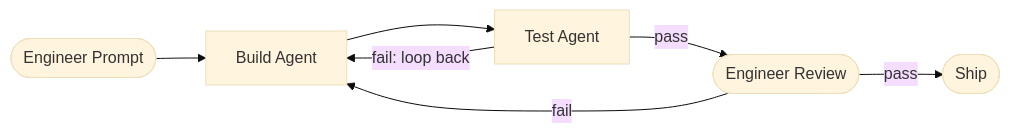
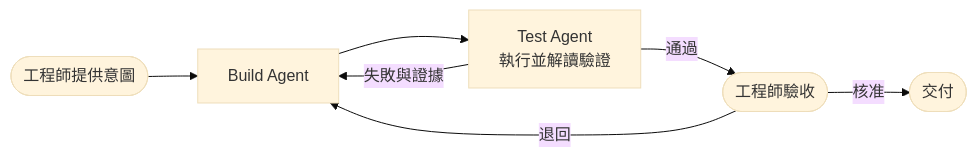
Before and after one commit to shaun-agent/agentic-coding-development-toolkit: the fifth of 11 diagrams in README.md, drawn with Mermaid (base theme). The commit also changed other lines of this file and 1 other file, not shown here.

````diff
--- a/README.md
+++ b/README.md
@@ -171,14 +99,14 @@
 ```mermaid
 flowchart LR
-    s06_prompt_human(["Engineer Prompt"])
-    s06_build_agent["Build Agent"]
-    s06_test_agent["Test Agent"]
-    s06_review_human(["Engineer Review"])
-    s06_ship_human(["Ship"])
+    intent(["工程師提供意圖"])
+    build["Build Agent"]
+    test["Test Agent<br/>執行並解讀驗證"]
+    review(["工程師驗收"])
+    ship(["交付"])
 
-    s06_prompt_human --> s06_build_agent --> s06_test_agent
-    s06_test_agent -->|fail: loop back| s06_build_agent
-    s06_test_agent -->|pass| s06_review_human
-    s06_review_human -->|fail| s06_build_agent
-    s06_review_human -->|pass| s06_ship_human
+    intent --> build --> test
+    test -->|失敗與證據| build
+    test -->|通過| review
+    review -->|退回| build
+    review -->|核准| ship
 ```
````
